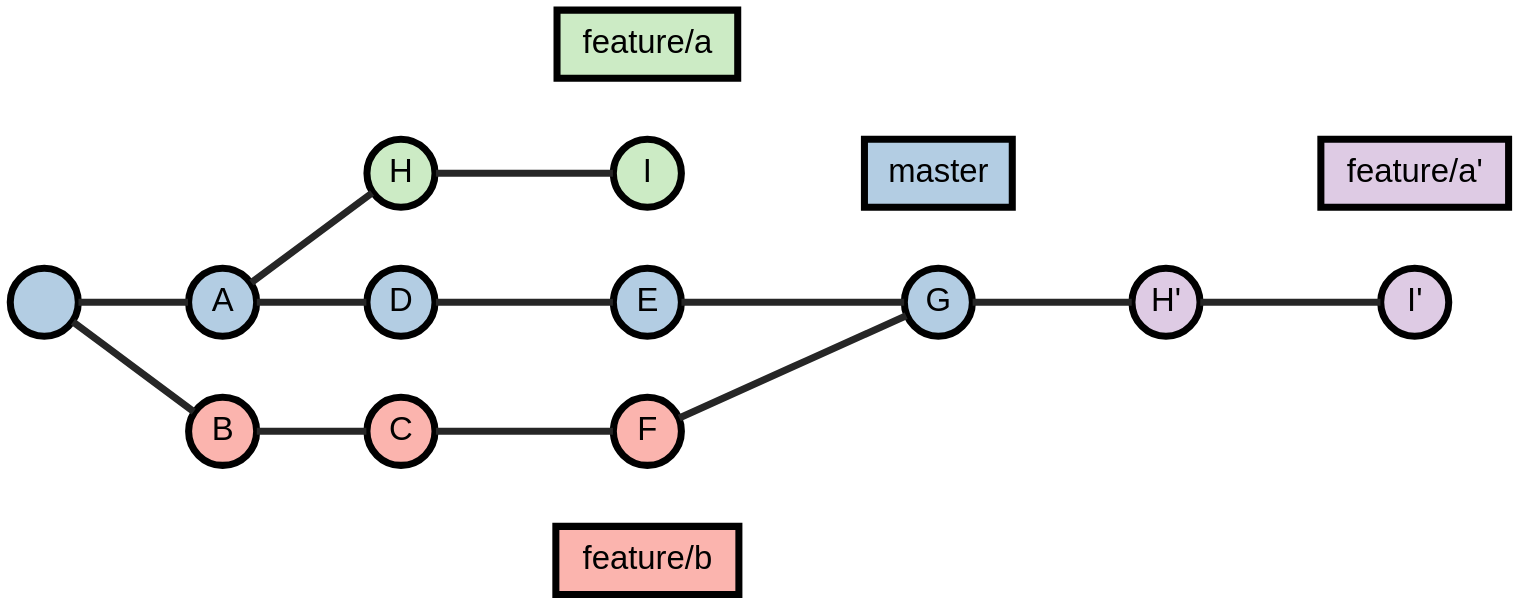
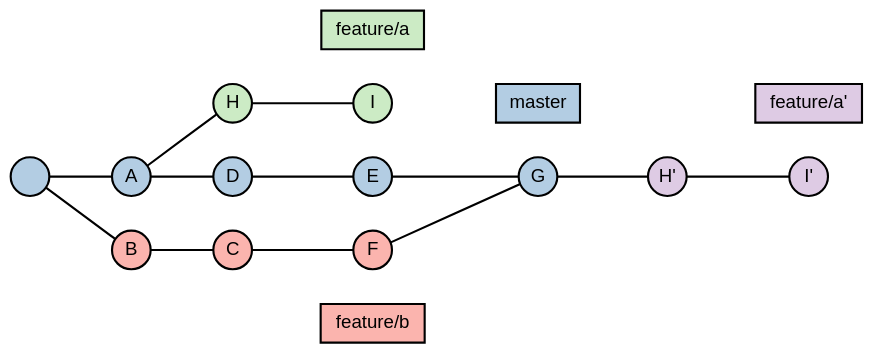
Before and after one commit to resamsel/impress.me: the first of 3 diagrams in examples/Render Code.md, drawn with Graphviz. The commit also changed other lines of this file and 4 other files, not shown here.

````diff
--- a/examples/Render Code.md
+++ b/examples/Render Code.md
@@ -6,48 +6,56 @@
-```dot,render,class=image-shadow
+```dot,render
 digraph G {
-    size = "16,9!";
+    size = "16,9";
     ratio = expand;
     rankdir = "LR";
     bgcolor = "transparent";
 
     node [
-    width = 0.4,
-    height = 0.4,
-    fixedsize = shape,
-    shape = circle,
-    color = gray15,
-    fontcolor = gray15,
-    penwidth = 3,
-    style = filled,
-    fontname = "sans-serif",
-    colorscheme = "pastel19"
+        width = 0.4
+        height = 0.4
+        fixedsize = shape
+        shape = circle
+        color = black
+        fontcolor = black
+        penwidth = 1.6
+        style = filled
+        fontname = "PT Sans,sans-serif"
+        colorscheme = "pastel19"
+        shape = circle
+        fixedsize = shape
     ];
 
-    edge [weight = 2, color = gray15, arrowhead = none, penwidth = 3, splines = curved];
+    edge [
+        weight = 2,
+        color = black,
+        arrowhead = none,
+        penwidth = 1.6,
+        splines = curved
+    ];
 
-    node [group = master, fillcolor = 2, shape = circle, fixesize = shape];
+    node [group = master, fillcolor = 2];
     " " -> A -> D -> E -> G;
     node [group = "feature-a", fillcolor = 3];
     A -> H -> I;
     node [group = "feature-a'", fillcolor = 4];
     G -> "H'" -> "I'";
     node [group = "feature-b", fillcolor = 1];
     " " -> B -> C -> F -> G;
 
-    node [shape = box, fixedsize = false, penwidth = 3];
+    node [shape = box, fixedsize = false];
     edge [penwidth = 0];
 
     node [fillcolor = 2];
     "master" -> G;
     {rank = same; G; "master";}
     node [fillcolor = 3];
     "feature/a" -> I;
     {rank = same; I; "feature/a";}
     node [fillcolor = 4];
     "feature/a'" -> "I'";
     {rank = same; "I'"; "feature/a'";}
     node [fillcolor = 1];
     F -> "feature/b";
     {rank = same; F; "feature/b";}
 }
 ```
````
